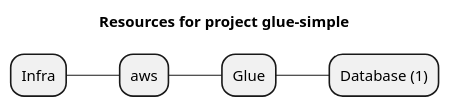
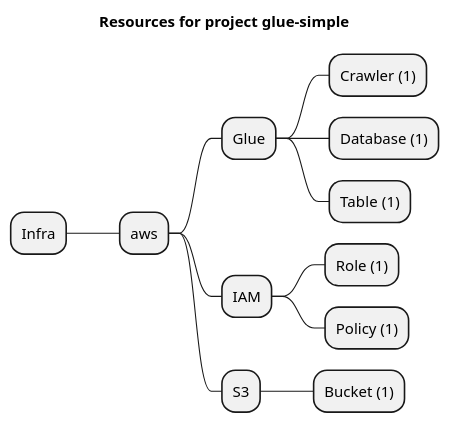
Before and after one commit to grucloud/grucloud: the diagram in examples/aws/Glue/glue-simple/artifacts/resources-mindmap.puml, drawn with PlantUML. The commit also changed 7 other files, not shown here.

```diff
--- a/examples/aws/Glue/glue-simple/artifacts/resources-mindmap.puml
+++ b/examples/aws/Glue/glue-simple/artifacts/resources-mindmap.puml
@@ -1,8 +1,15 @@
 @startmindmap
 title Resources for project glue-simple
 skinparam monochrome true
 + Infra
 ++ aws
 +++ Glue
+++++ Crawler (1)
 ++++ Database (1)
+++++ Table (1)
++++ IAM
+++++ Role (1)
+++++ Policy (1)
++++ S3
+++++ Bucket (1)
 @endmindmap
```
